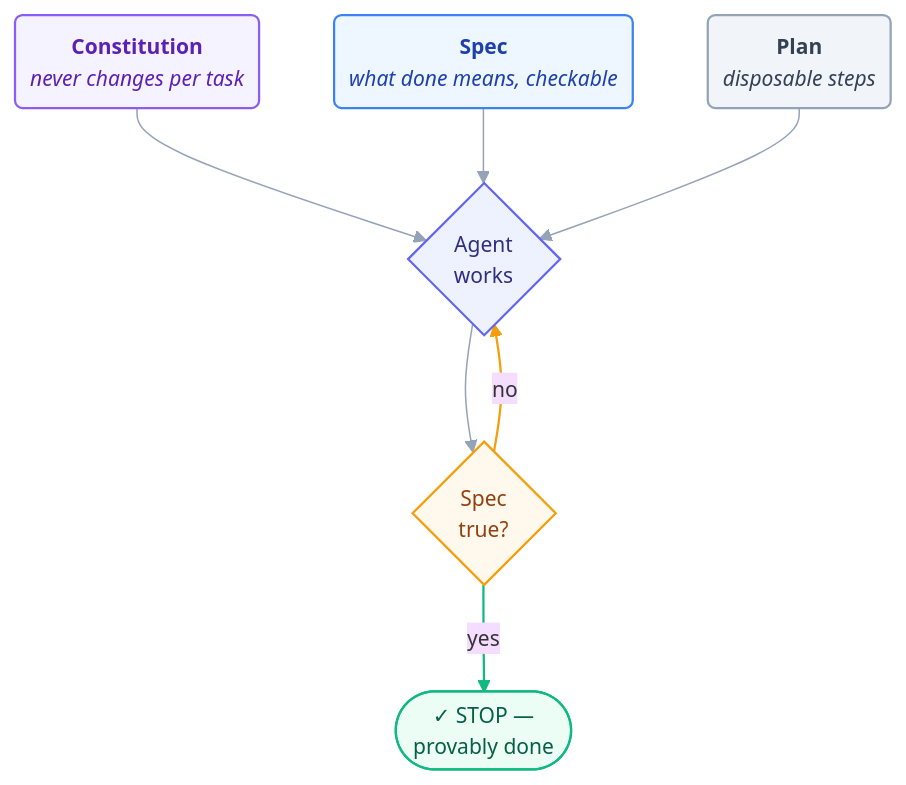
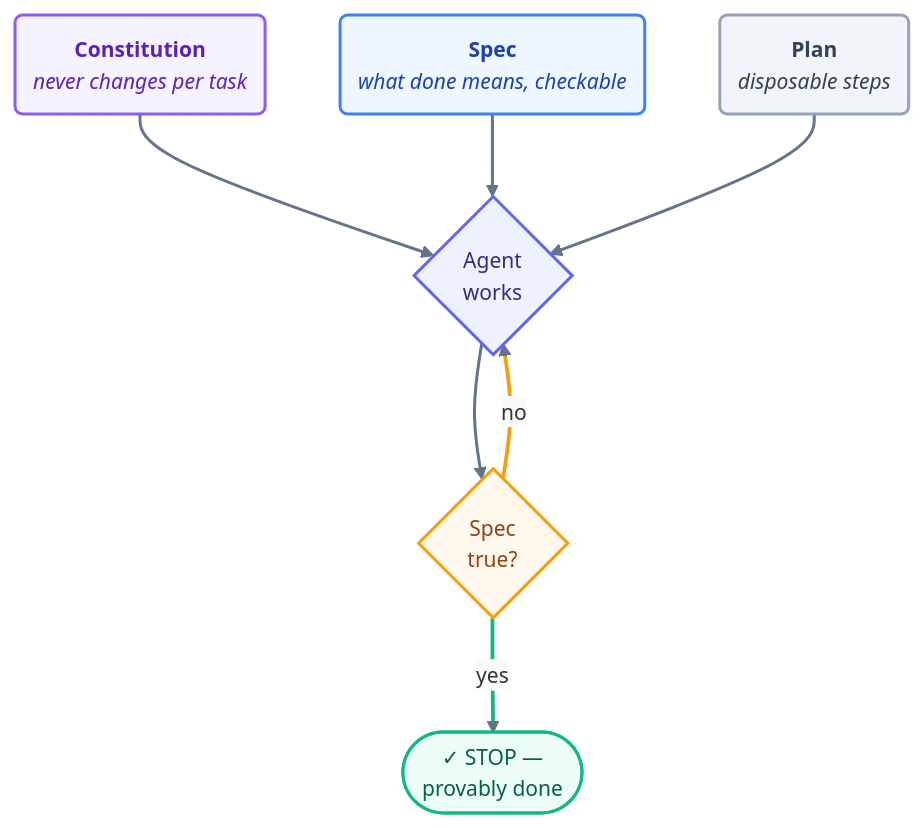
Before and after one commit to ayeshakhalid192007-dev/LoopEngineering-CrashCourse: the diagram in docs/01-prerequisites/spec-driven-primer.md, drawn with Mermaid. The commit also changed 66 other files, not shown here.

First line of the commit message:
docs(diagrams): bolden and unify all 70 mermaid diagrams

````diff
--- a/docs/01-prerequisites/spec-driven-primer.md
+++ b/docs/01-prerequisites/spec-driven-primer.md
@@ -29,18 +29,19 @@
 ```mermaid
-%%{init: {'theme':'base','themeVariables':{'fontFamily':'ui-sans-serif, system-ui, sans-serif','fontSize':'14px','lineColor':'#94a3b8'},'flowchart':{'curve':'basis','nodeSpacing':50,'rankSpacing':50,'padding':10}}}%%
+%%{init: {'theme':'base','themeVariables':{'fontFamily':'ui-sans-serif, system-ui, sans-serif','fontSize':'14px','lineColor':'#64748b','edgeLabelBackground':'#f8fafc'},'flowchart':{'curve':'basis','nodeSpacing':50,'rankSpacing':55,'padding':12}}}%%
 flowchart TD
     A("<b>Constitution</b><br/><i>never changes per task</i>"):::fixed --> D{"Agent<br/>works"}:::work
     B("<b>Spec</b><br/><i>what done means, checkable</i>"):::spec --> D
     C("<b>Plan</b><br/><i>disposable steps</i>"):::plan --> D
     D --> E{"Spec<br/>true?"}:::gate
     E -->|no| D
     E -->|yes| F(["✓ STOP —<br/>provably done"]):::stop
-    classDef fixed fill:#f5f3ff,stroke:#8b5cf6,stroke-width:1.5px,color:#5b21b6;
-    classDef spec fill:#eef6ff,stroke:#3b82f6,stroke-width:1.5px,color:#1e40af;
-    classDef plan fill:#f1f5f9,stroke:#94a3b8,stroke-width:1.5px,color:#334155;
-    classDef work fill:#eef2ff,stroke:#6366f1,stroke-width:1.5px,color:#312e81;
-    classDef gate fill:#fef9ec,stroke:#f59e0b,stroke-width:1.5px,color:#92400e;
-    classDef stop fill:#ecfdf5,stroke:#10b981,stroke-width:1.5px,color:#065f46;
-    linkStyle 4 stroke:#f59e0b,stroke-width:1.5px;
-    linkStyle 5 stroke:#10b981,stroke-width:1.5px;
+    linkStyle default stroke:#64748b,stroke-width:2px;
+    classDef fixed fill:#f5f3ff,stroke:#8b5cf6,stroke-width:2px,color:#5b21b6;
+    classDef spec fill:#eef6ff,stroke:#3b82f6,stroke-width:2px,color:#1e40af;
+    classDef plan fill:#f1f5f9,stroke:#94a3b8,stroke-width:2px,color:#334155;
+    classDef work fill:#eef2ff,stroke:#6366f1,stroke-width:2px,color:#312e81;
+    classDef gate fill:#fef9ec,stroke:#f59e0b,stroke-width:2px,color:#92400e;
+    classDef stop fill:#ecfdf5,stroke:#10b981,stroke-width:2px,color:#065f46;
+    linkStyle 4 stroke:#f59e0b,stroke-width:2.5px;
+    linkStyle 5 stroke:#10b981,stroke-width:2.5px;
 ```
````
